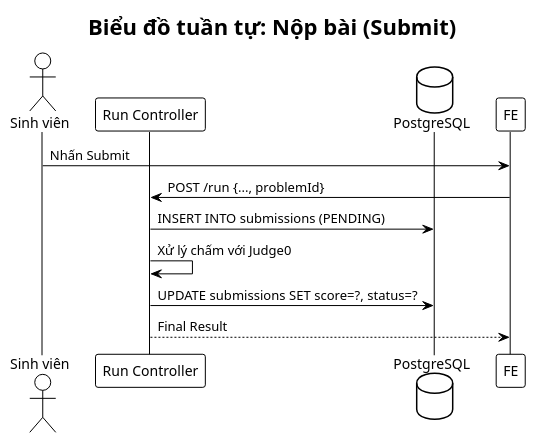
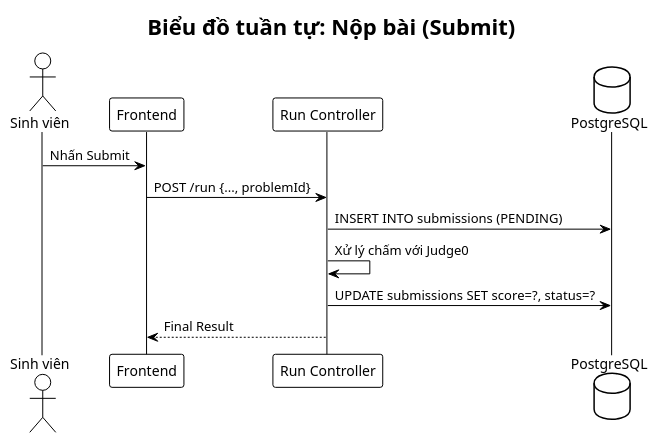
One commit to ARPHAM/codelearn-fe changed diagram 13 of 21 in CodeLearn_BaoCao/03c_Ch3_Diagrams.md. Above: the diagram before and after it, drawn with PlantUML. The commit also changed other lines of this file and 12 other files, not shown here.

````diff
--- a/CodeLearn_BaoCao/03c_Ch3_Diagrams.md
+++ b/CodeLearn_BaoCao/03c_Ch3_Diagrams.md
@@ -298,18 +406,19 @@
 ```plantuml
 @startuml SD_SubmitCode
 skinparam monochrome true
 !theme plain
 title Biểu đồ tuần tự: Nộp bài (Submit)
 
 actor "Sinh viên" as SV
+participant "Frontend" as FE
 participant "Run Controller" as RC
 database "PostgreSQL" as DB
 
 SV -> FE: Nhấn Submit
 FE -> RC: POST /run {..., problemId}
 RC -> DB: INSERT INTO submissions (PENDING)
 RC -> RC: Xử lý chấm với Judge0
 RC -> DB: UPDATE submissions SET score=?, status=?
 RC --> FE: Final Result
 @enduml
 ```
````
